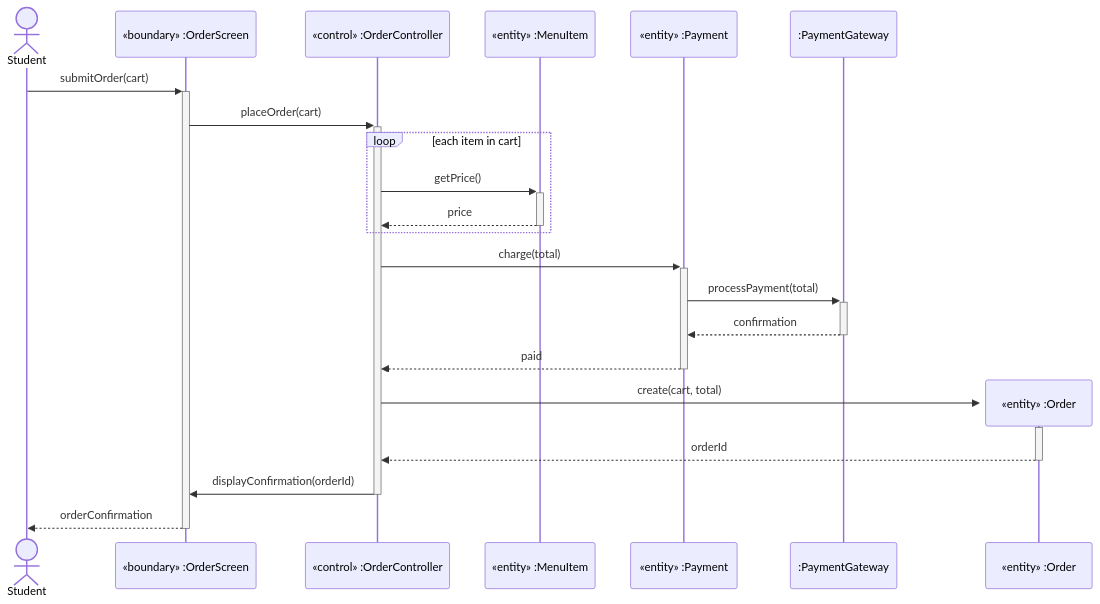
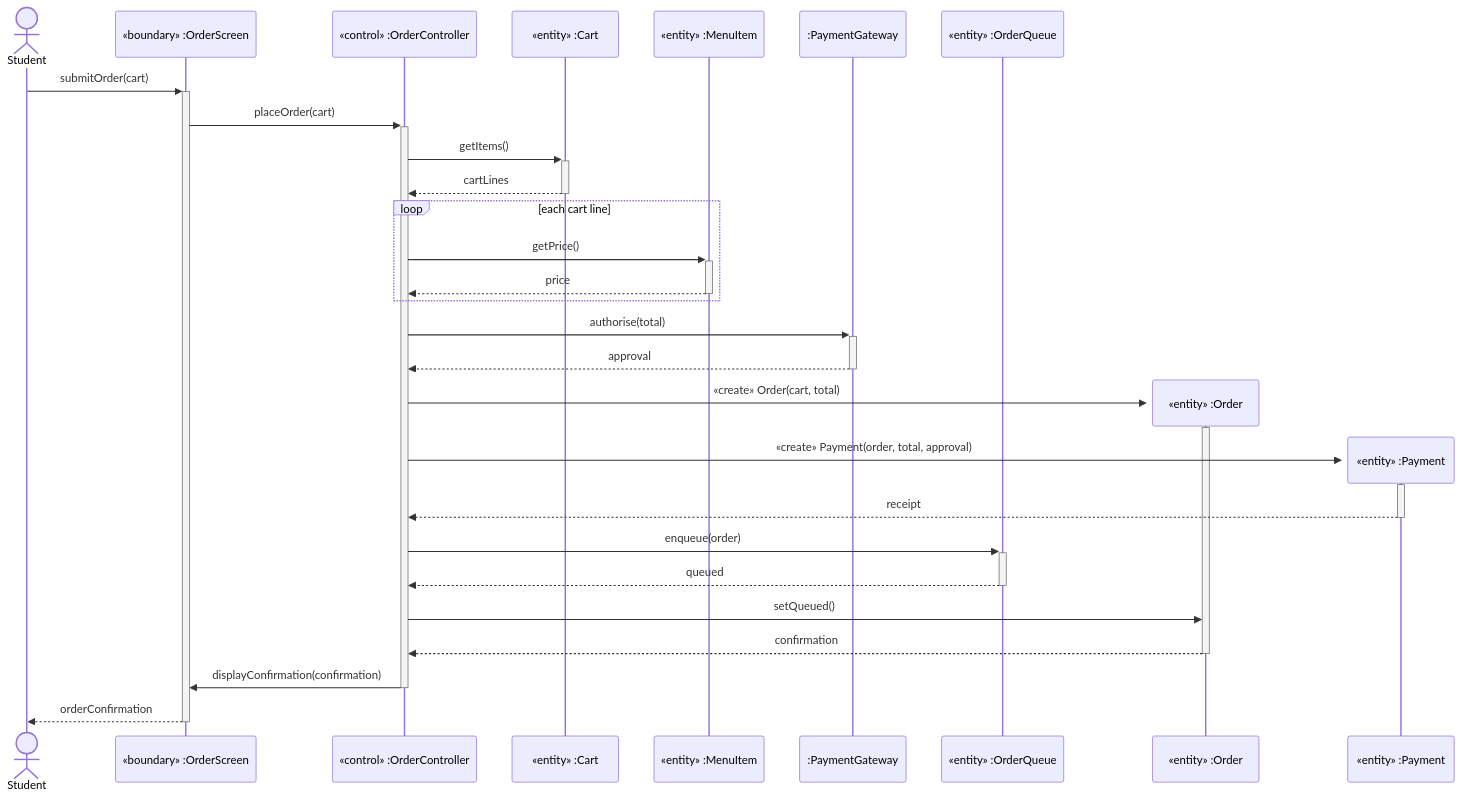
The third of 3 diagrams in EXAM-PRACTICE-PART-B.md (Beh69/Software-dev-lectures), drawn with Mermaid before and after one commit. The commit also changed other lines of this file and 1 other file, not shown here.

Commit message:
Correct worked UML diagrams and scenario models

````diff
--- a/EXAM-PRACTICE-PART-B.md
+++ b/EXAM-PRACTICE-PART-B.md
@@ -213,26 +237,33 @@
 ```mermaid
 sequenceDiagram
     actor Student
     participant S as «boundary» :OrderScreen
     participant C as «control» :OrderController
+    participant Cart as «entity» :Cart
     participant M as «entity» :MenuItem
-    participant P as «entity» :Payment
     participant G as :PaymentGateway
+    participant Q as «entity» :OrderQueue
 
     Student->>+S: submitOrder(cart)
     S->>+C: placeOrder(cart)
-    loop each item in cart
+    C->>+Cart: getItems()
+    Cart-->>-C: cartLines
+    loop each cart line
         C->>+M: getPrice()
         M-->>-C: price
     end
-    C->>+P: charge(total)
-    P->>+G: processPayment(total)
-    G-->>-P: confirmation
-    P-->>-C: paid
+    C->>+G: authorise(total)
+    G-->>-C: approval
     create participant O as «entity» :Order
-    C->>+O: create(cart, total)
-    O-->>-C: orderId
-    C->>S: displayConfirmation(orderId)
+    C->>+O: «create» Order(cart, total)
+    create participant P as «entity» :Payment
+    C->>+P: «create» Payment(order, total, approval)
+    P-->>-C: receipt
+    C->>+Q: enqueue(order)
+    Q-->>-C: queued
+    C->>O: setQueued()
+    O-->>-C: confirmation
+    C->>S: displayConfirmation(confirmation)
     deactivate C
     S-->>-Student: orderConfirmation
 ```
````
